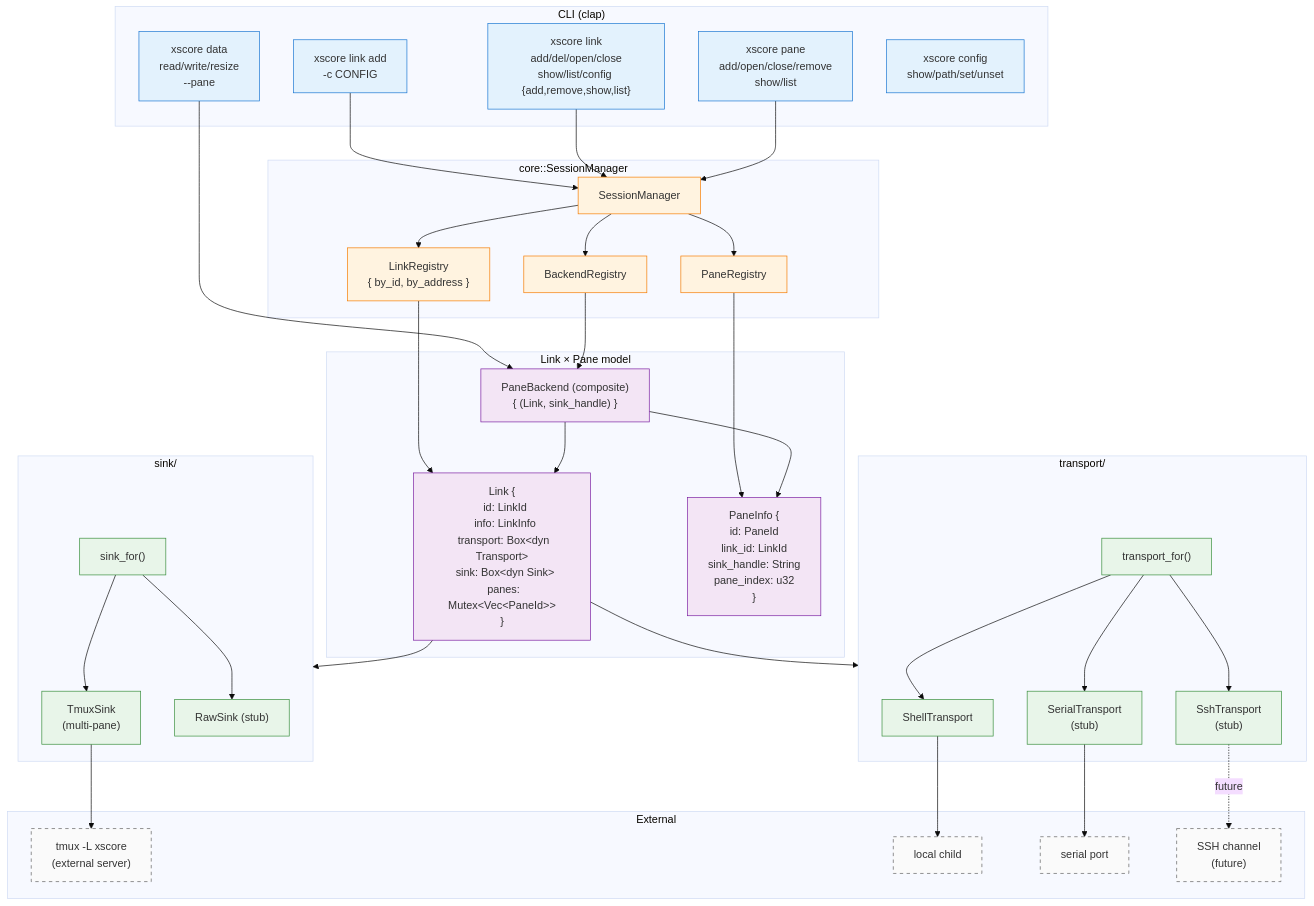
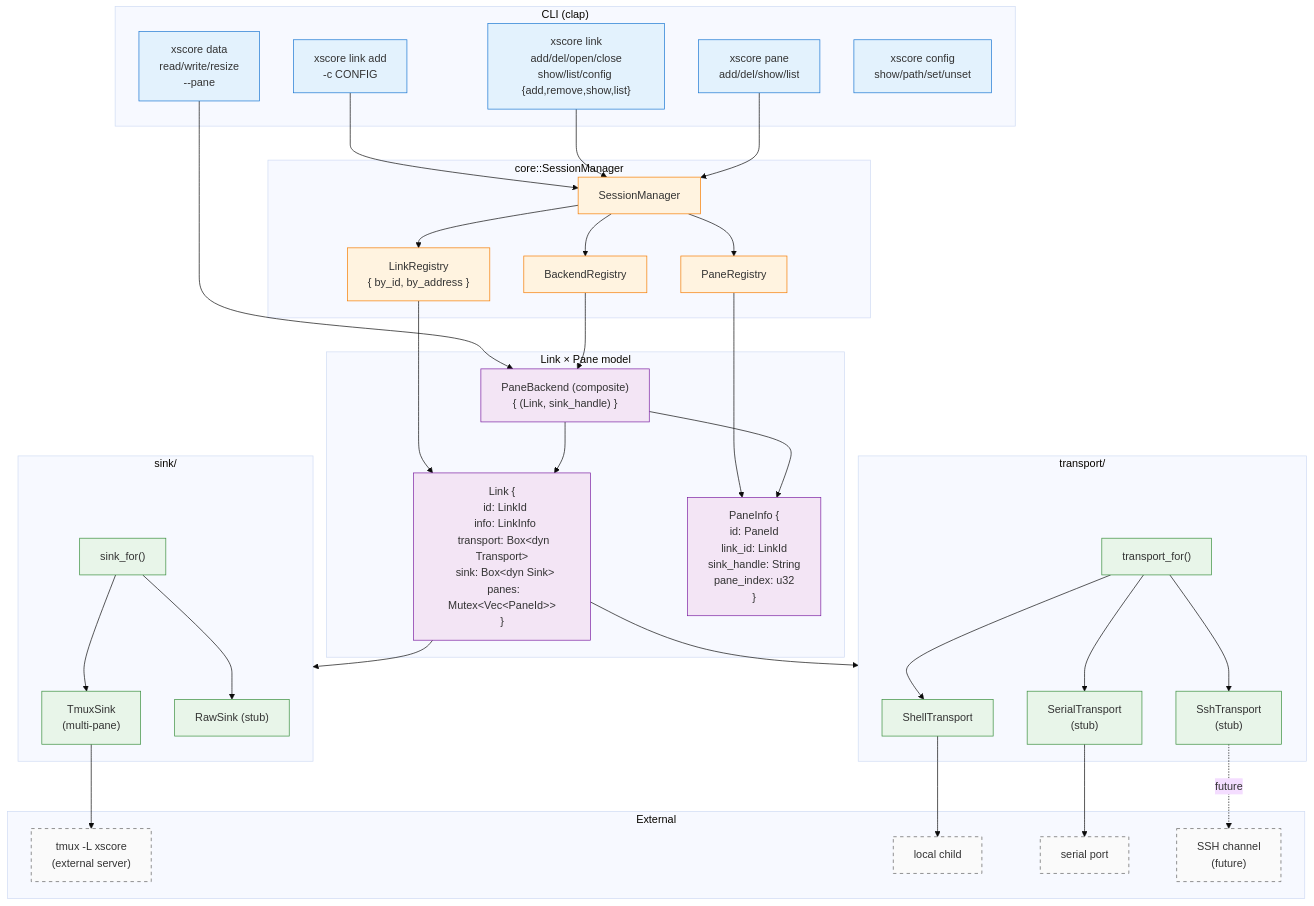
One commit to xiaoshan1234/xscore changed the first of 3 diagrams in doc/dev/architecture/diagrams/README.md. Above: the diagram before and after it, drawn with Mermaid (base theme). The commit also changed 8 other files, not shown here.

First line of the commit message:
refactor(cli): trim pane subcommand to {add, del, show, list}

````diff
--- a/doc/dev/architecture/diagrams/README.md
+++ b/doc/dev/architecture/diagrams/README.md
@@ -22,81 +22,81 @@
 ```mermaid
 graph TB
     subgraph CLI ["CLI (clap)"]
         Connect["xscore link add<br/>-c CONFIG"]
         LinkCmd["xscore link<br/>add/del/open/close<br/>show/list/config {add,remove,show,list}"]
-        PaneCmd["xscore pane<br/>add/open/close/remove<br/>show/list"]
+        PaneCmd["xscore pane<br/>add/del/show/list"]
         DataCmd["xscore data<br/>read/write/resize<br/>--pane"]
         ConfigCmd["xscore config<br/>show/path/set/unset"]
     end
 
     subgraph Core ["core::SessionManager"]
         SM["SessionManager"]
         LR["LinkRegistry<br/>{ by_id, by_address }"]
         PR["PaneRegistry"]
         BR["BackendRegistry"]
     end
 
     subgraph LinkModel ["Link × Pane model"]
         Link["Link {<br/>  id: LinkId<br/>  info: LinkInfo<br/>  transport: Box&lt;dyn Transport&gt;<br/>  sink: Box&lt;dyn Sink&gt;<br/>  panes: Mutex&lt;Vec&lt;PaneId&gt;&gt;<br/>}"]
         Pane["PaneInfo {<br/>  id: PaneId<br/>  link_id: LinkId<br/>  sink_handle: String<br/>  pane_index: u32<br/>}"]
         PB["PaneBackend (composite)<br/>{ (Link, sink_handle) }"]
     end
 
     subgraph TransportLayer ["transport/"]
         TS["ShellTransport"]
         TT["SerialTransport<br/>(stub)"]
         TU["SshTransport<br/>(stub)"]
         TIF["transport_for()"]
     end
 
     subgraph SinkLayer ["sink/"]
         ST["TmuxSink<br/>(multi-pane)"]
         SR["RawSink (stub)"]
         SIF["sink_for()"]
     end
 
     subgraph External ["External"]
         TMUX["tmux -L xscore<br/>(external server)"]
         Shell["local child"]
         Serial["serial port"]
         SSH["SSH channel<br/>(future)"]
     end
 
     Connect --> SM
     LinkCmd --> SM
     PaneCmd --> SM
     DataCmd --> PB
     SM --> LR
     SM --> PR
     SM --> BR
     LR --> Link
     PR --> Pane
     BR --> PB
     Link --> TransportLayer
     Link --> SinkLayer
     PB --> Link
     PB --> Pane
 
     TIF --> TS
     TIF --> TT
     TIF --> TU
     TS --> Shell
     TT --> Serial
     TU -.->|future| SSH
 
     SIF --> ST
     SIF --> SR
     ST --> TMUX
 
     classDef cli fill:#e3f2fd,stroke:#1976d2
     classDef core fill:#fff3e0,stroke:#f57c00
     classDef model fill:#f3e5f5,stroke:#7b1fa2
     classDef layer fill:#e8f5e9,stroke:#388e3c
     classDef external fill:#fafafa,stroke:#616161,stroke-dasharray: 5 5
 
     class Connect,LinkCmd,PaneCmd,DataCmd,ConfigCmd cli
     class SM,LR,PR,BR core
     class Link,Pane,PB model
     class TS,TT,TU,TIF,ST,SR,SIF layer
     class TMUX,Shell,Serial,SSH external
 ```
````
